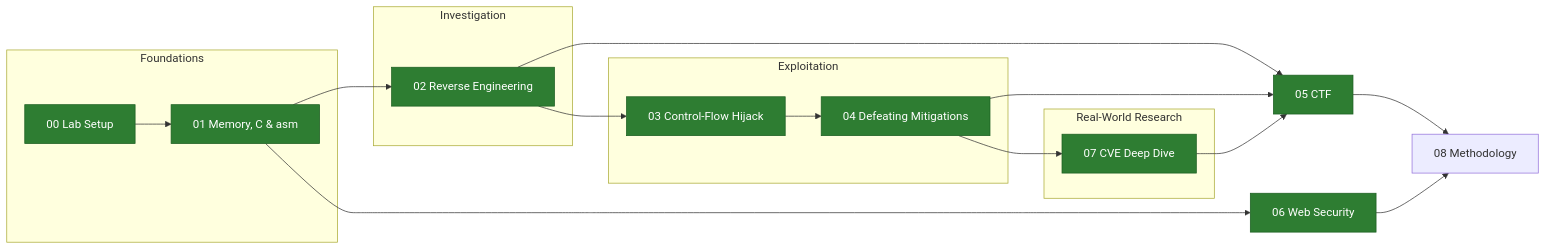
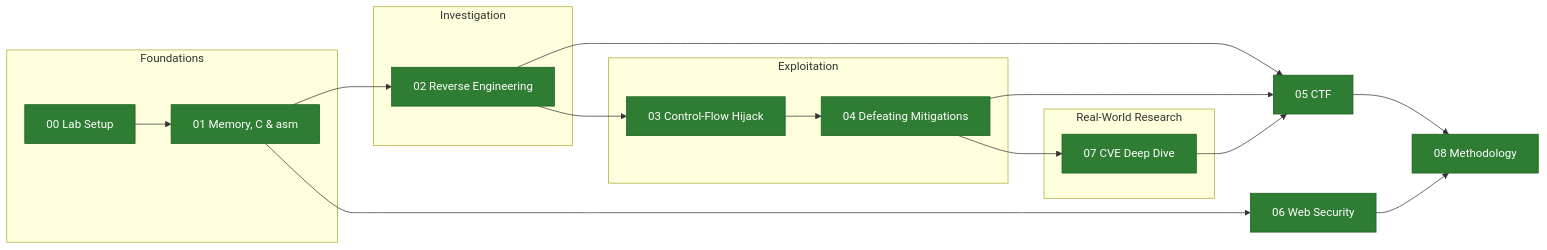
The diagram in README.md (amichaimukades/vr-portfolio), drawn with Mermaid before and after one commit. The commit also changed other lines of this file, not shown here.

````diff
--- a/README.md
+++ b/README.md
@@ -25,27 +25,27 @@
 ```mermaid
 flowchart LR
     subgraph F[Foundations]
         S0[00 Lab Setup]
         S1[01 Memory, C & asm]
     end
     subgraph I[Investigation]
         S2[02 Reverse Engineering]
     end
     subgraph E[Exploitation]
         S3[03 Control-Flow Hijack]
         S4[04 Defeating Mitigations]
     end
     subgraph R[Real-World Research]
         S7[07 CVE Deep Dive]
     end
     S0 --> S1 --> S2 --> S3 --> S4 --> S7
     S2 --> S5[05 CTF]
     S4 --> S5
     S7 --> S5
     S1 --> S6[06 Web Security]
     S5 --> S8[08 Methodology]
     S6 --> S8
 
     classDef done fill:#2e7d32,color:#fff,stroke:#1b5e20
-    class S0,S1,S2,S3,S4,S5,S6,S7 done
+    class S0,S1,S2,S3,S4,S5,S6,S7,S8 done
 ```
````
